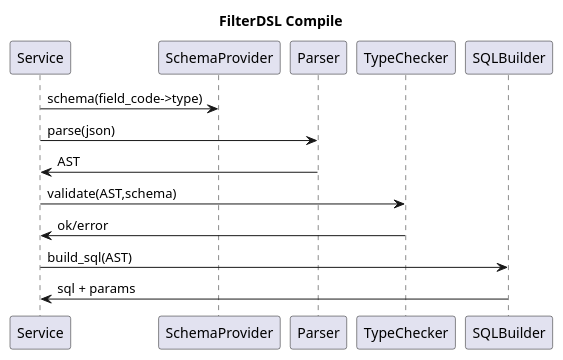
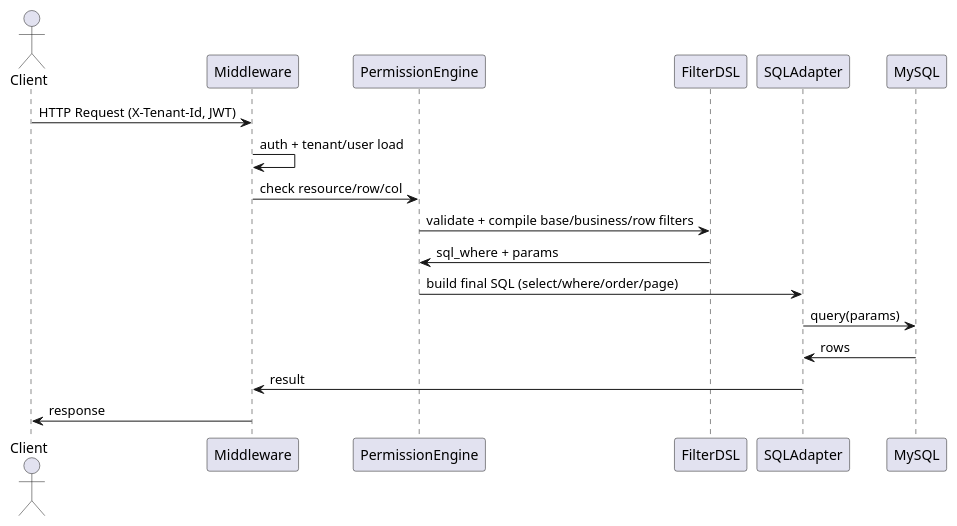
One commit to FangZiyong/grass changed the sixth of 7 diagrams in docs/tech.md. Above: the diagram before and after it, drawn with PlantUML. The commit also changed other lines of this file and 3 other files, not shown here.

````diff
--- a/docs/tech.md
+++ b/docs/tech.md
@@ -224,19 +1263,21 @@
 ```plantuml
 @startuml
-title FilterDSL Compile
+actor Client
+participant Middleware as MW
+participant "PermissionEngine" as PE
+participant "FilterDSL" as DSL
+participant "SQLAdapter" as SQL
+participant "MySQL" as DB
 
-participant Service
-participant "SchemaProvider" as SP
-participant "Parser" as P
-participant "TypeChecker" as TC
-participant "SQLBuilder" as SB
-
-Service -> SP : schema(field_code->type)
-Service -> P : parse(json)
-P -> Service : AST
-Service -> TC : validate(AST,schema)
-TC -> Service : ok/error
-Service -> SB : build_sql(AST)
-SB -> Service : sql + params
+Client -> MW : HTTP Request (X-Tenant-Id, JWT)
+MW -> MW : auth + tenant/user load
+MW -> PE : check resource/row/col
+PE -> DSL : validate + compile base/business/row filters
+DSL -> PE : sql_where + params
+PE -> SQL : build final SQL (select/where/order/page)
+SQL -> DB : query(params)
+DB -> SQL : rows
+SQL -> MW : result
+MW -> Client : response
 @enduml
 ```
````
